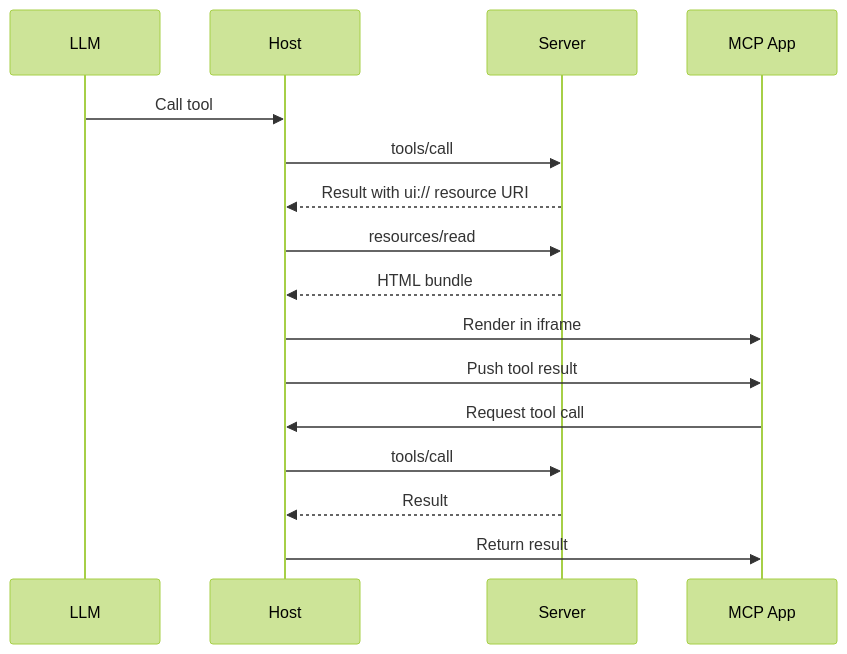
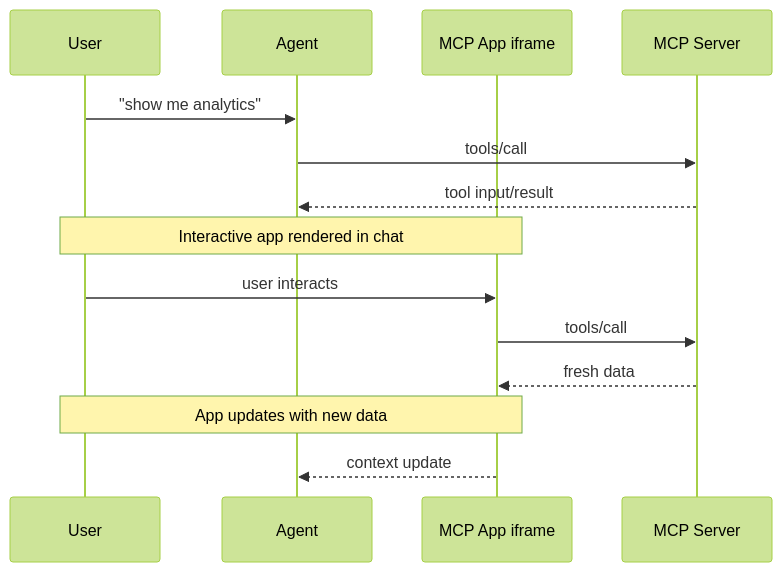
The diagram in docs/docs/extensions/apps.mdx (olaservo/modelcontextprotocol), drawn with Mermaid (forest theme) before and after one commit. The commit also changed other lines of this file, not shown here.

````diff
--- a/docs/docs/extensions/apps.mdx
+++ b/docs/docs/extensions/apps.mdx
@@ -24,19 +24,17 @@
 ```mermaid
 sequenceDiagram
-    participant LLM
-    participant Host
-    participant Server
-    participant App as MCP App
+    participant User
+    participant Agent
+    participant App as MCP App iframe
+    participant Server as MCP Server
 
-    LLM->>Host: Call tool
-    Host->>Server: tools/call
-    Server-->>Host: Result with ui:// resource URI
-    Host->>Server: resources/read
-    Server-->>Host: HTML bundle
-    Host->>App: Render in iframe
-    Host->>App: Push tool result
-    App->>Host: Request tool call
-    Host->>Server: tools/call
-    Server-->>Host: Result
-    Host->>App: Return result
+    User->>Agent: "show me analytics"
+    Agent->>Server: tools/call
+    Server-->>Agent: tool input/result
+    Note over User,App: Interactive app rendered in chat
+    User->>App: user interacts
+    App->>Server: tools/call
+    Server-->>App: fresh data
+    Note over User,App: App updates with new data
+    App-->>Agent: context update
 ```
````
